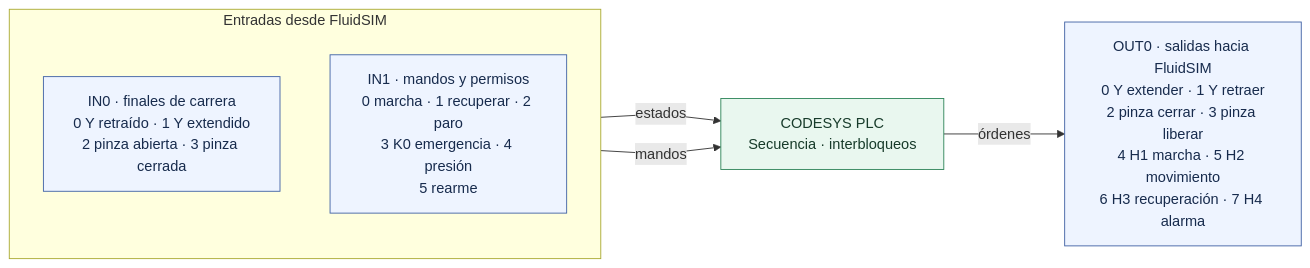
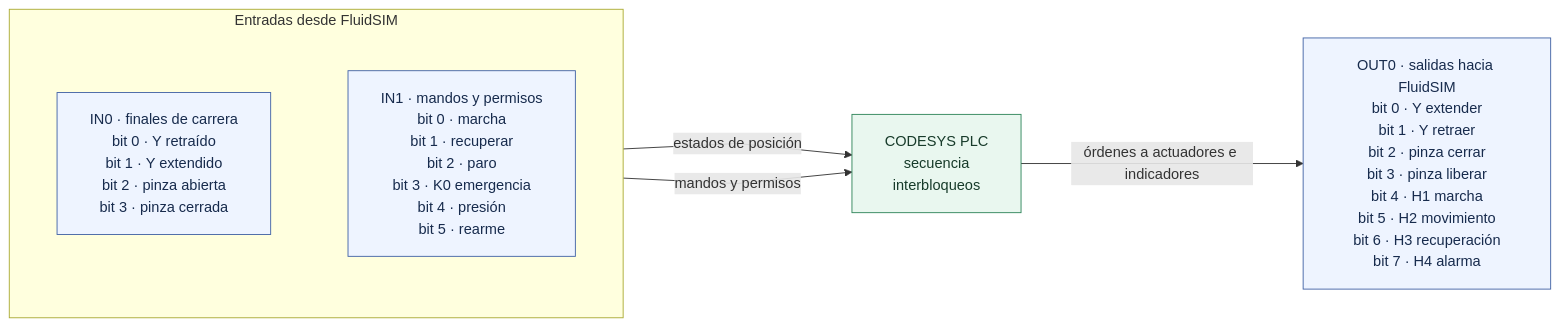
The diagram in docs/mapa_io_y_errores.md (GinnethRubio/Mini-ASRS), drawn with Mermaid before and after one commit. The commit also changed 2 other files, not shown here.

Commit message:
Prevent diagram labels from clipping

````diff
--- a/docs/mapa_io_y_errores.md
+++ b/docs/mapa_io_y_errores.md
@@ -9,18 +9,18 @@
 ```mermaid
-%%{init: {"flowchart": {"htmlLabels": true, "nodeSpacing": 55, "rankSpacing": 75, "curve": "linear"}}}%%
+%%{init: {"flowchart": {"htmlLabels": true, "nodeSpacing": 85, "rankSpacing": 110, "curve": "linear", "padding": 18}}}%%
 flowchart LR
     subgraph IN["Entradas desde FluidSIM"]
         direction TB
-        IN0["IN0 · finales de carrera<br/>0 Y retraído · 1 Y extendido<br/>2 pinza abierta · 3 pinza cerrada"]
-        IN1["IN1 · mandos y permisos<br/>0 marcha · 1 recuperar · 2 paro<br/>3 K0 emergencia · 4 presión<br/>5 rearme"]
+        IN0["IN0 · finales de carrera<br/>bit 0 · Y retraído<br/>bit 1 · Y extendido<br/>bit 2 · pinza abierta<br/>bit 3 · pinza cerrada"]
+        IN1["IN1 · mandos y permisos<br/>bit 0 · marcha<br/>bit 1 · recuperar<br/>bit 2 · paro<br/>bit 3 · K0 emergencia<br/>bit 4 · presión<br/>bit 5 · rearme"]
     end
-    PLC["CODESYS PLC<br/>Secuencia · interbloqueos"]
-    OUT["OUT0 · salidas hacia FluidSIM<br/>0 Y extender · 1 Y retraer<br/>2 pinza cerrar · 3 pinza liberar<br/>4 H1 marcha · 5 H2 movimiento<br/>6 H3 recuperación · 7 H4 alarma"]
-    IN0 -->|"estados"| PLC
-    IN1 -->|"mandos"| PLC
-    PLC -->|"órdenes"| OUT
+    PLC["CODESYS PLC<br/>secuencia<br/>interbloqueos"]
+    OUT["OUT0 · salidas hacia FluidSIM<br/>bit 0 · Y extender<br/>bit 1 · Y retraer<br/>bit 2 · pinza cerrar<br/>bit 3 · pinza liberar<br/>bit 4 · H1 marcha<br/>bit 5 · H2 movimiento<br/>bit 6 · H3 recuperación<br/>bit 7 · H4 alarma"]
+    IN0 -->|"estados de posición"| PLC
+    IN1 -->|"mandos y permisos"| PLC
+    PLC -->|"órdenes a actuadores e indicadores"| OUT
     classDef io fill:#eef4ff,stroke:#4263a5,color:#172b4d;
     classDef logic fill:#e9f7ef,stroke:#2f855a,color:#173b2a;
     class IN0,IN1,OUT io;
     class PLC logic;
 ```
````
